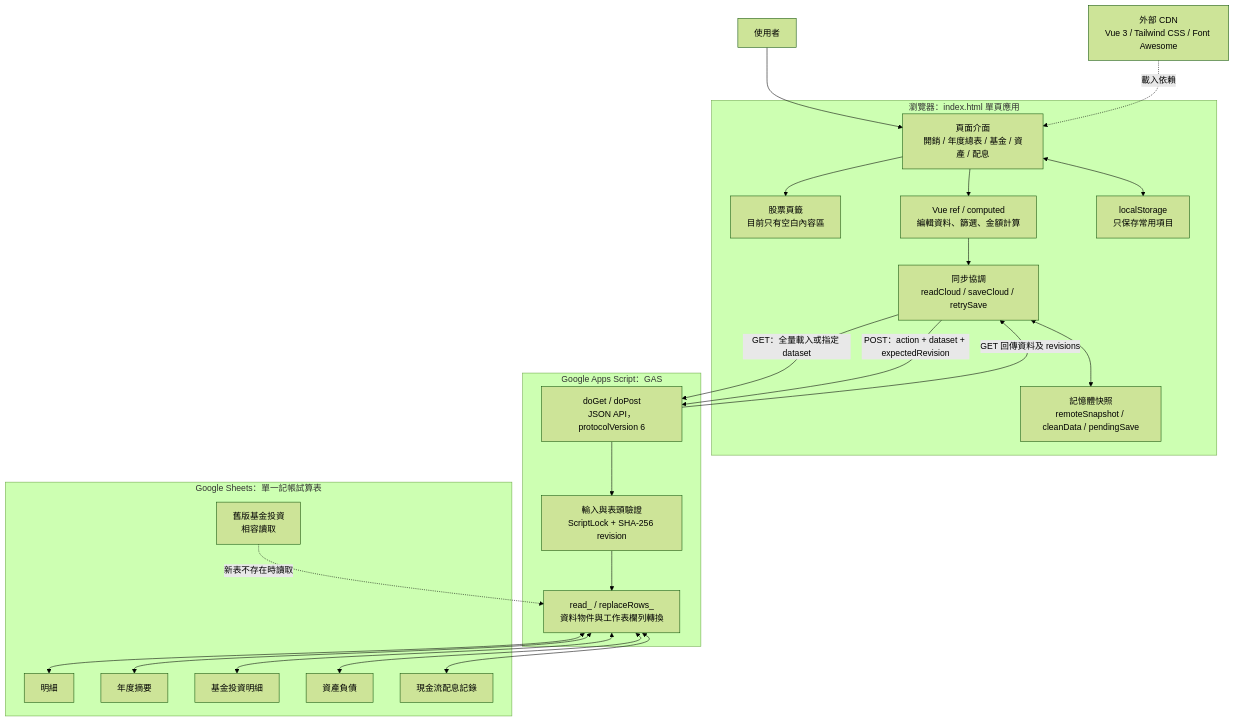
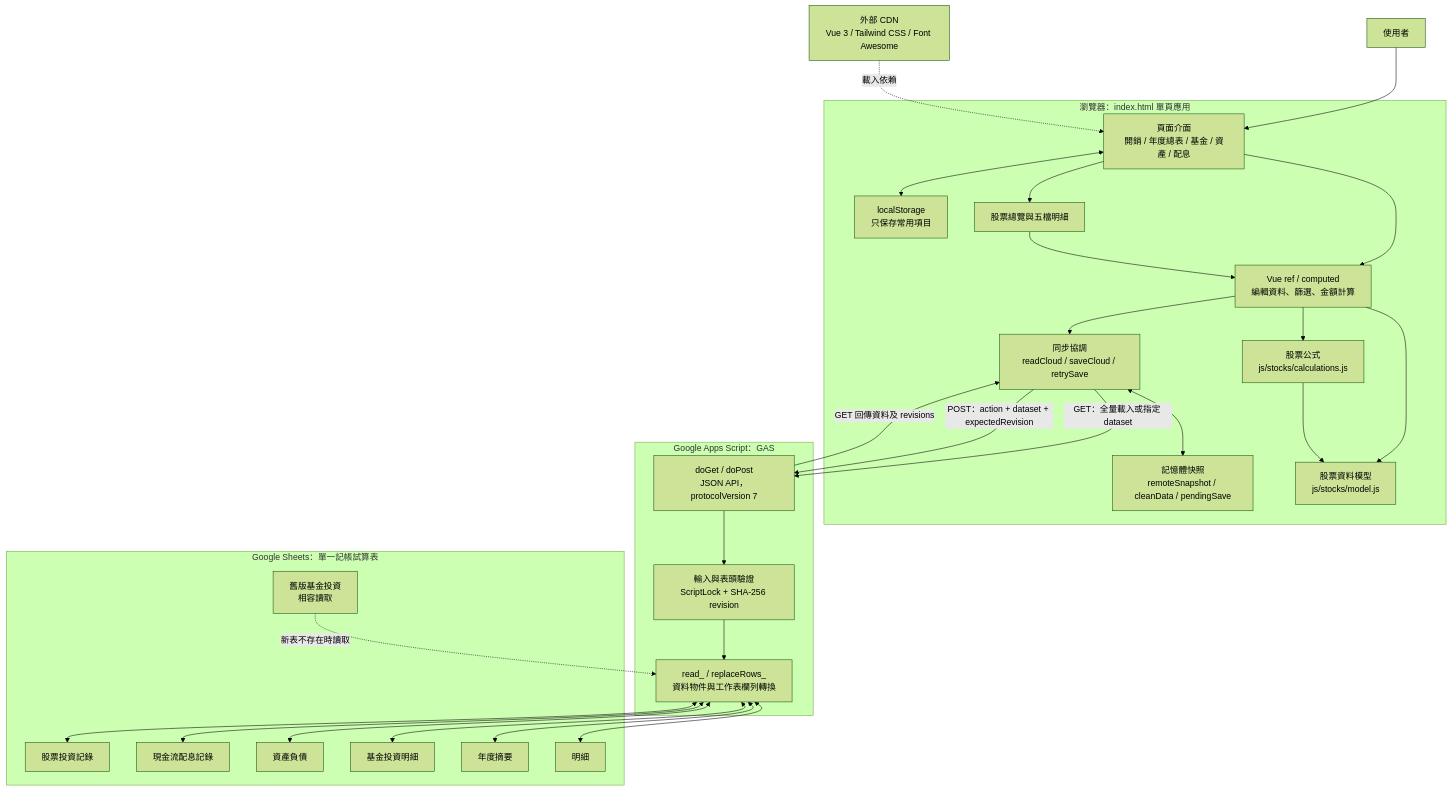
The first of 4 diagrams in ARCHITECTURE.md (sky0914/SkyMoneyBook), drawn with Mermaid (forest theme) before and after one commit. The commit also changed other lines of this file and 11 other files, not shown here.

````diff
--- a/ARCHITECTURE.md
+++ b/ARCHITECTURE.md
@@ -7,41 +7,49 @@
 ```mermaid
 flowchart TB
     User[使用者] --> UI
     CDN[外部 CDN<br/>Vue 3 / Tailwind CSS / Font Awesome] -. 載入依賴 .-> UI
     subgraph Browser[瀏覽器：index.html 單頁應用]
         UI[頁面介面<br/>開銷 / 年度總表 / 基金 / 資產 / 配息]
-        Stocks[股票頁籤<br/>目前只有空白內容區]
+        Stocks[股票總覽與五檔明細]
+        Model[股票資料模型<br/>js/stocks/model.js]
+        Calc[股票公式<br/>js/stocks/calculations.js]
         State[Vue ref / computed<br/>編輯資料、篩選、金額計算]
         Sync[同步協調<br/>readCloud / saveCloud / retrySave]
         Memory[記憶體快照<br/>remoteSnapshot / cleanData / pendingSave]
         Local[localStorage<br/>只保存常用項目]
         UI --> State
         UI --> Stocks
+        Stocks --> State
+        State --> Model
+        State --> Calc
+        Calc --> Model
         State --> Sync
         Sync <--> Memory
         UI <--> Local
     end
     subgraph Backend[Google Apps Script：GAS]
-        API[doGet / doPost<br/>JSON API，protocolVersion 6]
+        API[doGet / doPost<br/>JSON API，protocolVersion 7]
         Guard[輸入與表頭驗證<br/>ScriptLock + SHA-256 revision]
         Adapter[read_ / replaceRows_<br/>資料物件與工作表欄列轉換]
         API --> Guard --> Adapter
     end
     Sync -->|GET：全量載入或指定 dataset| API
     Sync -->|POST：action + dataset + expectedRevision| API
     API -->|GET 回傳資料及 revisions| Sync
     subgraph Sheets[Google Sheets：單一記帳試算表]
         T[明細]
         S[年度摘要]
         F[基金投資明細]
         A[資產負債]
         C[現金流配息記錄]
+        StockSheet[股票投資記錄]
         Legacy[舊版基金投資<br/>相容讀取]
     end
     Adapter <--> T
     Adapter <--> S
     Adapter <--> F
     Adapter <--> A
     Adapter <--> C
+    Adapter <--> StockSheet
     Legacy -. 新表不存在時讀取 .-> Adapter
 ```
````
